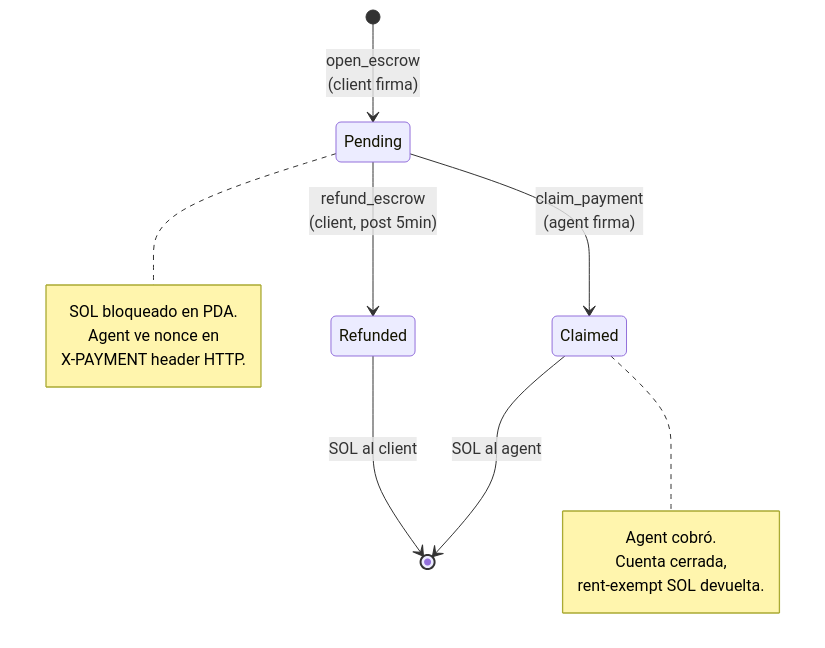
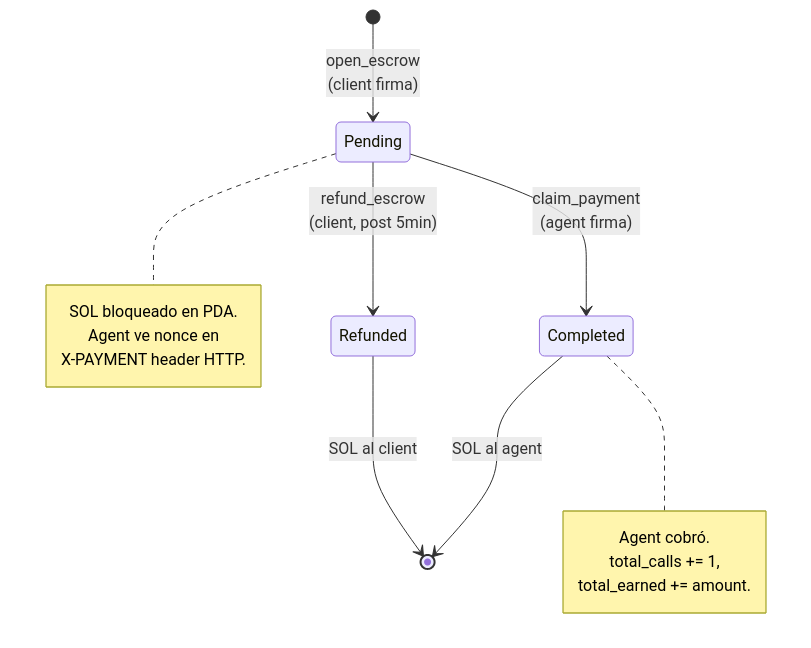
One commit to CoKeFish/kiba changed the fifth of 11 diagrams in docs/architecture.md. Above: the diagram before and after it, drawn with Mermaid. The commit also changed other lines of this file, not shown here.

First line of the commit message:
docs(architecture): reflect on-chain deploy + hybrid discovery + new toolchain

````diff
--- a/docs/architecture.md
+++ b/docs/architecture.md
@@ -244,22 +251,22 @@
 ```mermaid
 stateDiagram-v2
     [*] --> Pending : open_escrow<br/>(client firma)
 
-    Pending --> Claimed : claim_payment<br/>(agent firma)
+    Pending --> Completed : claim_payment<br/>(agent firma)
     Pending --> Refunded : refund_escrow<br/>(client, post 5min)
 
-    Claimed --> [*] : SOL al agent
+    Completed --> [*] : SOL al agent
     Refunded --> [*] : SOL al client
 
     note right of Pending
         SOL bloqueado en PDA.
         Agent ve nonce en
         X-PAYMENT header HTTP.
     end note
 
-    note right of Claimed
+    note right of Completed
         Agent cobró.
-        Cuenta cerrada,
-        rent-exempt SOL devuelta.
+        total_calls += 1,
+        total_earned += amount.
     end note
 ```
````
